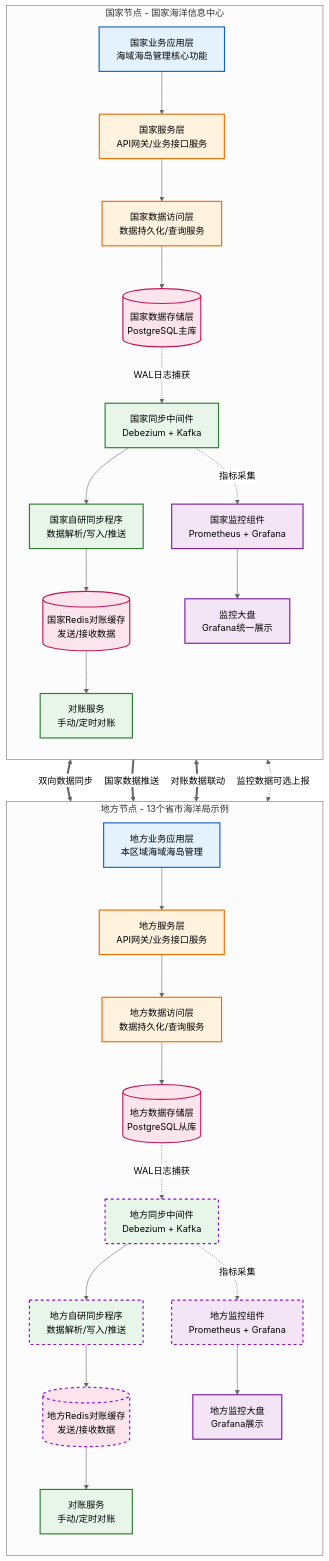
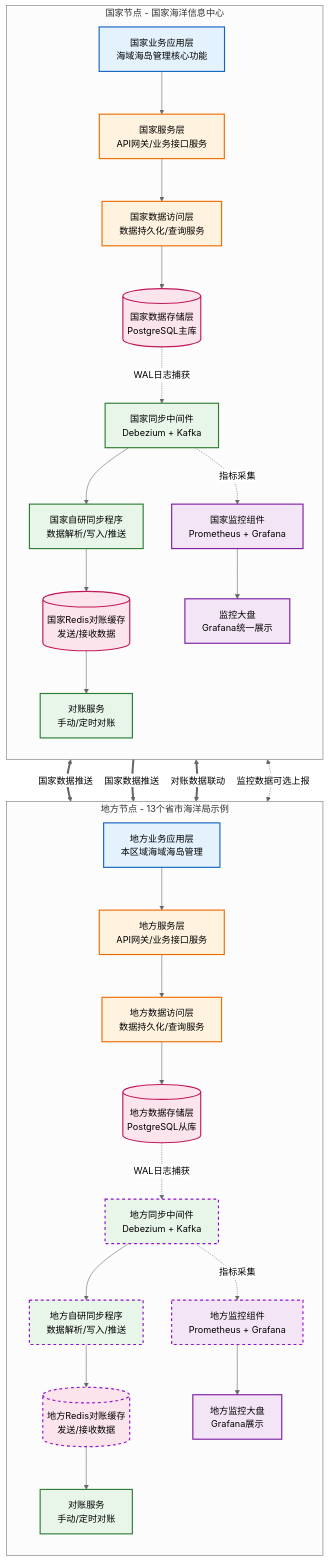
One commit to MyJohn2/iodraw-files changed the diagram in all/未命名-1.md. Above: the diagram before and after it, drawn with Mermaid (neutral theme).

Commit message:
2026-03-03 18:48:20 update

````diff
--- a/all/未命名-1.md
+++ b/all/未命名-1.md
@@ -1,71 +1,71 @@
 ```mermaid
 flowchart TD
     %% 定义样式
     classDef app fill:#e3f2fd,stroke:#1565c0,stroke-width:2px;
     classDef service fill:#fff3e0,stroke:#ef6c00,stroke-width:2px;
     classDef data fill:#fce4ec,stroke:#c2185b,stroke-width:2px;
     classDef sync fill:#e8f5e9,stroke:#2e7d32,stroke-width:2px;
     classDef monitor fill:#f3e5f5,stroke:#7b1fa2,stroke-width:2px;
     classDef linkLine stroke:#950DCD,stroke-width:2px,stroke-dasharray: 5 5;
 
     %% 国家节点 - 修复了标题括号问题
     subgraph NationNode [国家节点 - 国家海洋信息中心]
         direction TB
         A1[国家业务应用层<br/>海域海岛管理核心功能]:::app
         B1[国家服务层<br/>API网关/业务接口服务]:::service
         C1[国家数据访问层<br/>数据持久化/查询服务]:::service
         D1[(国家数据存储层<br/>PostgreSQL主库)]:::data
         E1[国家同步中间件<br/>Debezium + Kafka]:::sync
         F1[国家自研同步程序<br/>数据解析/写入/推送]:::sync
         G1[(国家Redis对账缓存<br/>发送/接收数据)]:::data
         H1[国家监控组件<br/>Prometheus + Grafana]:::monitor
         I1[对账服务<br/>手动/定时对账]:::sync
         J1[监控大盘<br/>Grafana统一展示]:::monitor
 
         A1 --> B1
         B1 --> C1
         C1 --> D1
         D1 -.->|WAL日志捕获 | E1
         E1 --> F1
         F1 --> G1
         E1 -.->|指标采集 | H1
         G1 --> I1
         H1 --> J1
     end
     
     %% 地方节点 - 修复了标题括号问题
     subgraph LocalNode [地方节点 - 13个省市海洋局示例]
         direction TB
         A2[地方业务应用层<br/>本区域海域海岛管理]:::app
         B2[地方服务层<br/>API网关/业务接口服务]:::service
         C2[地方数据访问层<br/>数据持久化/查询服务]:::service
         D2[(地方数据存储层<br/>PostgreSQL从库)]:::data
         E2[地方同步中间件<br/>Debezium + Kafka]:::sync
         F2[地方自研同步程序<br/>数据解析/写入/推送]:::sync
         G2[(地方Redis对账缓存<br/>发送/接收数据)]:::data
         H2[地方监控组件<br/>Prometheus + Grafana]:::monitor
         I2[对账服务<br/>手动/定时对账]:::sync
         J2[地方监控大盘<br/>Grafana展示]:::monitor
 
         A2 --> B2
         B2 --> C2
         C2 --> D2
         D2 -.->|WAL日志捕获 | E2
         E2 --> F2
         F2 --> G2
         E2 -.->|指标采集 | H2
         G2 --> I2
         H2 --> J2
     end
     
     %% 跨节点交互
-    F1 <==>|双向数据同步 | E2:::linkLine
+    F1 <==>|国家数据推送 | E2:::linkLine
     E1 ==>|国家数据推送 | F2:::linkLine
     G1 <==>|对账数据联动 | G2:::linkLine
     H1 <-.->|监控数据可选上报 | H2:::linkLine
     
 
 
 
 
 ```
````
